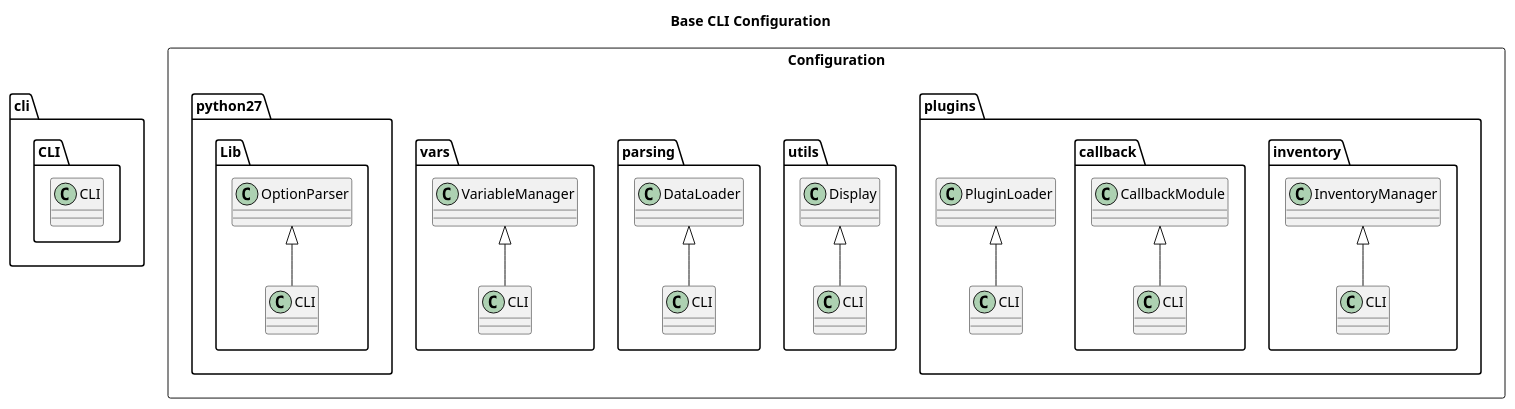
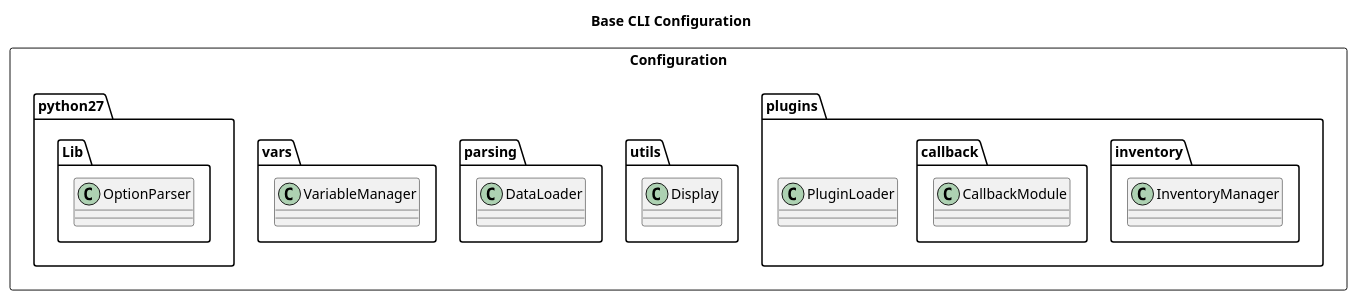
The diagram in project/uml/configuration.puml (ezequiels/nazz), drawn with PlantUML before and after one commit. The commit also changed other lines of this file and 6 other files, not shown here.

Commit message:
Updates to seq diagrams

```diff
--- a/project/uml/configuration.puml
+++ b/project/uml/configuration.puml
@@ -1,35 +1,32 @@
 @startuml
 
 title Base CLI Configuration
-package cli.CLI{
-class CLI
-}
 package Configuration <<Rectangle>>{
 package plugins{
-    PluginLoader <|-- CLI
+    class PluginLoader
 package inventory {
-	InventoryManager <|-- CLI
+	class InventoryManager
 }
 package callback {
-    CallbackModule <|-- CLI
+    class CallbackModule
 }
 }
 
 package utils{
-    Display <|-- CLI
+    class Display
 }
 
 package parsing{
-    DataLoader <|-- CLI
+    class DataLoader
 }
 
 package vars{
-    VariableManager <|-- CLI
+   class VariableManager
 }
 
 package python27.Lib {
-	OptionParser <|-- CLI
+	class OptionParser
 }
 }
 
 @enduml
```
